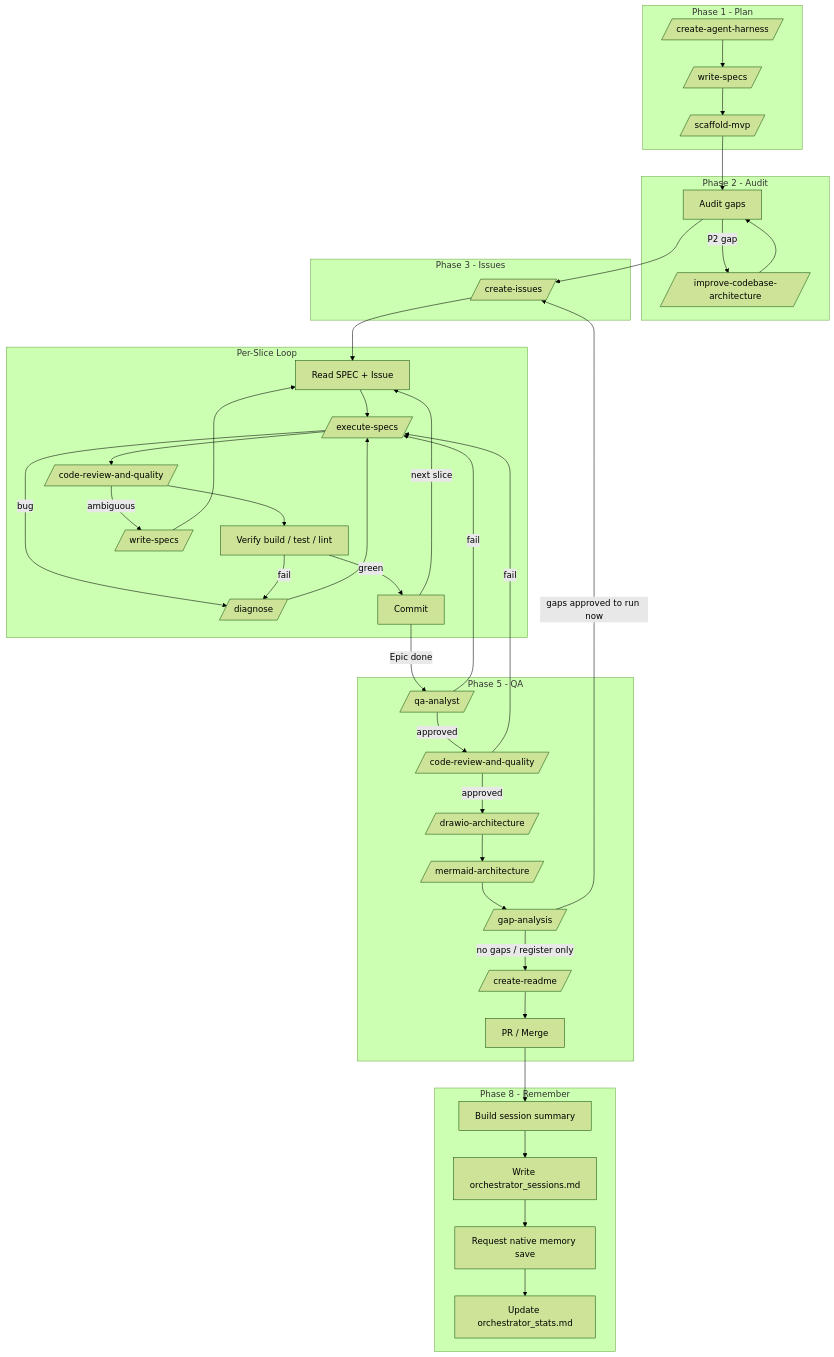
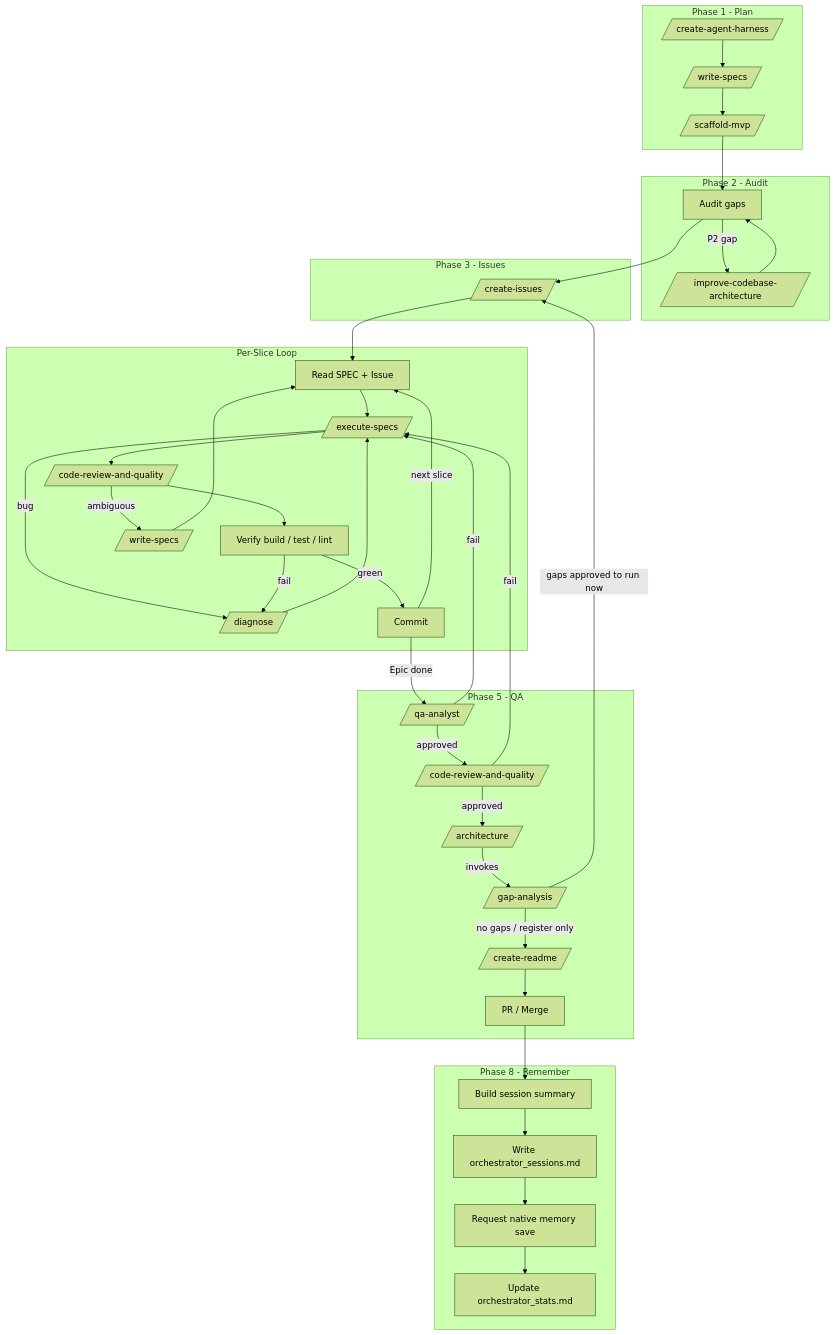
One commit to afonsoft/skills changed the diagram in skills/orchestrator/SKILL.md. Above: the diagram before and after it, drawn with Mermaid (forest theme). The commit also changed other lines of this file and 17 other files, not shown here.

First line of the commit message:
feat(architecture): add umbrella skill for docs/architecture and gap audit

````diff
--- a/skills/orchestrator/SKILL.md
+++ b/skills/orchestrator/SKILL.md
@@ -217,77 +217,75 @@
 ```mermaid
 flowchart TB
     subgraph Phase1["Phase 1 - Plan"]
         P1_H[/create-agent-harness/]
         P1_S[/write-specs/]
         P1_M[/scaffold-mvp/]
     end
 
     subgraph Phase2["Phase 2 - Audit"]
         P2_A["Audit gaps"]
         P2_F[/improve-codebase-architecture/]
     end
 
     subgraph Phase3["Phase 3 - Issues"]
         P3_I[/create-issues/]
     end
 
     subgraph Slice["Per-Slice Loop"]
         S_R["Read SPEC + Issue"]
         S_T[/execute-specs/]
         S_C[/code-review-and-quality/]
         S_D[/diagnose/]
         S_V["Verify build / test / lint"]
         S_G[/write-specs/]
         S_CM["Commit"]
     end
 
     subgraph Gate["Phase 5 - QA"]
         G_Q[/qa-analyst/]
         G_R[/code-review-and-quality/]
-        G_D[/drawio-architecture/]
-        G_MA[/mermaid-architecture/]
+        G_A[/architecture/]
         G_GA[/gap-analysis/]
         G_M[/create-readme/]
         G_P["PR / Merge"]
     end
 
     P1_H --> P1_S
     P1_S --> P1_M
     P1_M --> P2_A
     P2_A -->|P2 gap| P2_F
     P2_F --> P2_A
     P2_A --> P3_I
     P3_I --> S_R
     S_R --> S_T
     S_T --> S_C
     S_C --> S_V
     S_V -->|green| S_CM
     S_T -->|bug| S_D
     S_D --> S_T
     S_C -->|ambiguous| S_G
     S_G --> S_R
     S_V -->|fail| S_D
     S_CM -->|next slice| S_R
     S_CM -->|Epic done| G_Q
     G_Q -->|approved| G_R
     G_Q -->|fail| S_T
-    G_R -->|approved| G_D
-    G_D --> G_MA
-    G_MA --> G_GA
+    G_R -->|approved| G_A
+    G_A -->|invokes| G_GA
     G_GA -->|"no gaps / register only"| G_M
     G_GA -->|"gaps approved to run now"| P3_I
     G_R -->|fail| S_T
     G_M --> G_P
 
     subgraph Remember["Phase 8 - Remember"]
         R_S["Build session summary"]
         R_W["Write orchestrator_sessions.md"]
         R_N["Request native memory save"]
         R_U["Update orchestrator_stats.md"]
     end
 
     G_P --> R_S
     R_S --> R_W
     R_W --> R_N
     R_N --> R_U
 ```
````
